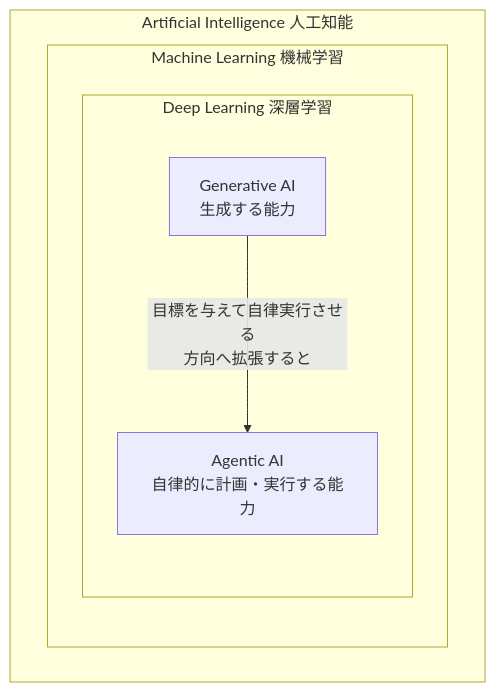
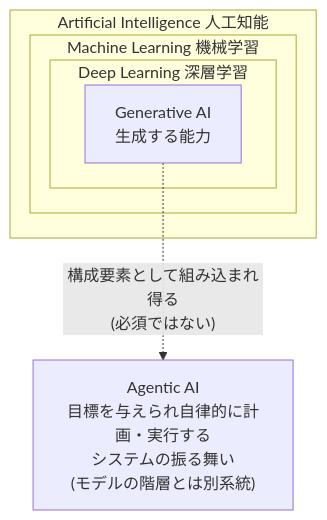
One commit to myoshi2891/Management-Team-Building-Studies changed the second of 5 diagrams in Psm-ai-essentials-guide.md. Above: the diagram before and after it, drawn with Mermaid. The commit also changed other lines of this file, not shown here.

Commit message:
docs: PSM-AI Essentials ガイドの引用リンク形式および判断フロー図を修正

````diff
--- a/Psm-ai-essentials-guide.md
+++ b/Psm-ai-essentials-guide.md
@@ -150,13 +152,14 @@
 ```mermaid
 flowchart TB
     subgraph AI["Artificial Intelligence 人工知能"]
         subgraph ML["Machine Learning 機械学習"]
             subgraph DL["Deep Learning 深層学習"]
                 GEN["Generative AI<br/>生成する能力"]
-                AGENT["Agentic AI<br/>自律的に計画・実行する能力"]
             end
         end
     end
 
-    GEN -->|"目標を与えて自律実行させる<br/>方向へ拡張すると"| AGENT
+    AGENT["Agentic AI<br/>目標を与えられ自律的に計画・実行する<br/>システムの振る舞い<br/>(モデルの階層とは別系統)"]
+
+    GEN -.->|"構成要素として組み込まれ得る<br/>(必須ではない)"| AGENT
 ```
````
